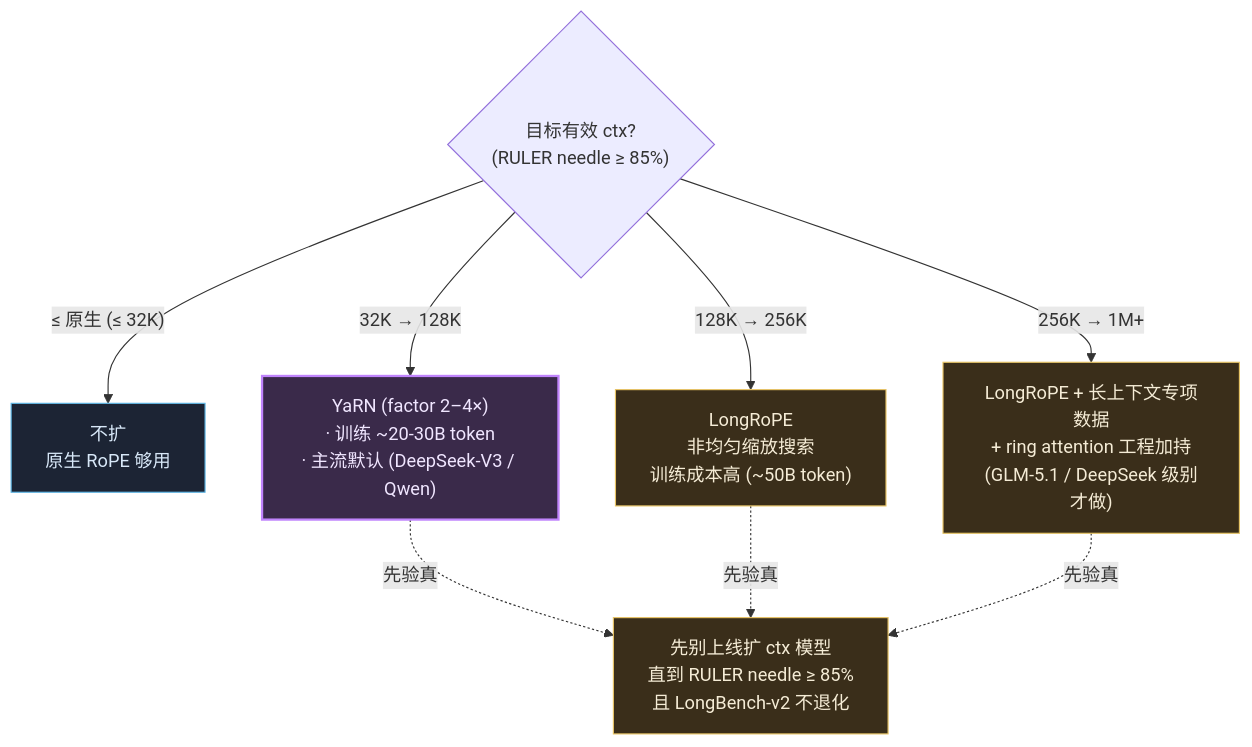
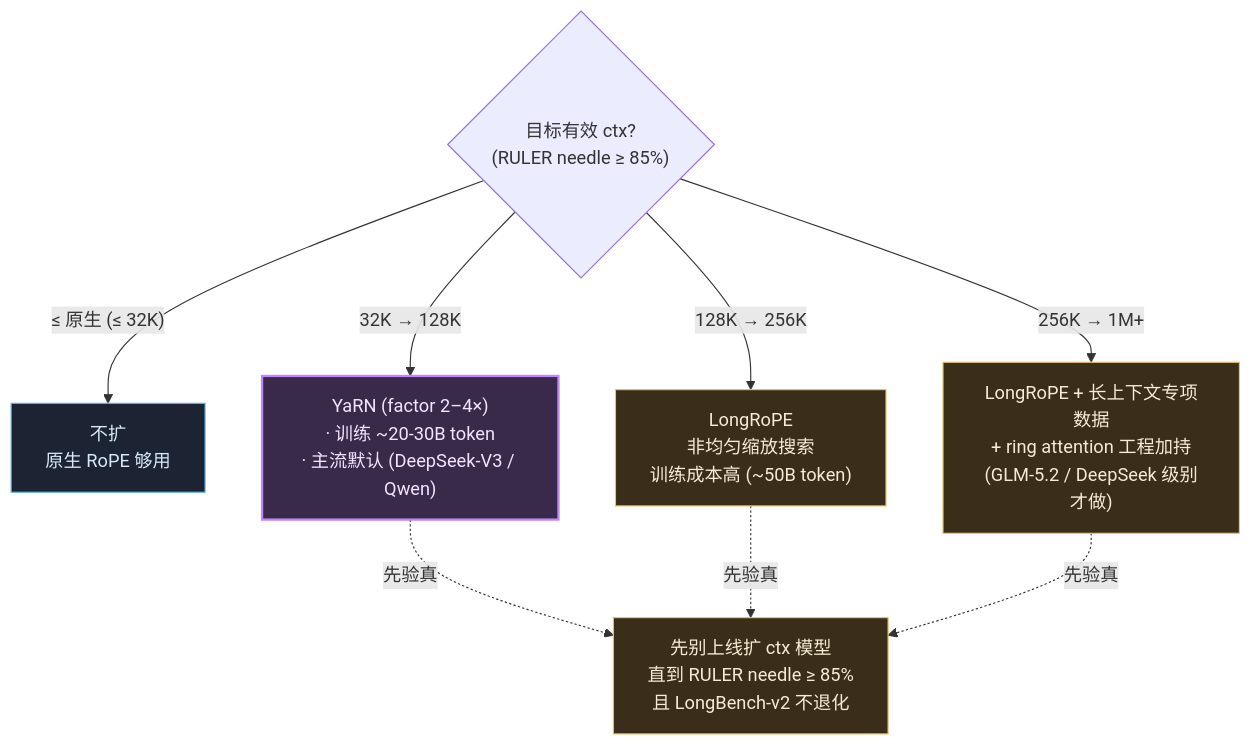
Before and after one commit to sqhuang/coding-llm-handbook: the second of 2 diagrams in phase3_midtraining_longcontext.md, drawn with Mermaid. The commit also changed other lines of this file and 31 other files, not shown here.

````diff
--- a/phase3_midtraining_longcontext.md
+++ b/phase3_midtraining_longcontext.md
@@ -301,17 +301,17 @@
 ```mermaid
 flowchart TD
     classDef rec fill:#3a2a4a,stroke:#c084fc,color:#f0e6ff,stroke-width:2px
     classDef ok  fill:#1c2434,stroke:#5fb8e8,color:#d8e8f8
     classDef warn fill:#3a2e1a,stroke:#e8c465,color:#f5ecd6
 
     Q{"目标有效 ctx?<br/>(RULER needle ≥ 85%)"}
     Q -- "≤ 原生 (≤ 32K)" --> A0["不扩<br/>原生 RoPE 够用"]:::ok
     Q -- "32K → 128K" --> A1["YaRN (factor 2–4×)<br/>· 训练 ~20-30B token<br/>· 主流默认 (DeepSeek-V3 / Qwen)"]:::rec
     Q -- "128K → 256K" --> A2["LongRoPE<br/>非均匀缩放搜索<br/>训练成本高 (~50B token)"]:::warn
-    Q -- "256K → 1M+" --> A3["LongRoPE + 长上下文专项数据<br/>+ ring attention 工程加持<br/>(GLM-5.1 / DeepSeek 级别才做)"]:::warn
+    Q -- "256K → 1M+" --> A3["LongRoPE + 长上下文专项数据<br/>+ ring attention 工程加持<br/>(GLM-5.2 / DeepSeek 级别才做)"]:::warn
 
     NB["先别上线扩 ctx 模型<br/>直到 RULER needle ≥ 85%<br/>且 LongBench-v2 不退化"]:::warn
     A1 -.先验真.-> NB
     A2 -.先验真.-> NB
     A3 -.先验真.-> NB
 ```
````
